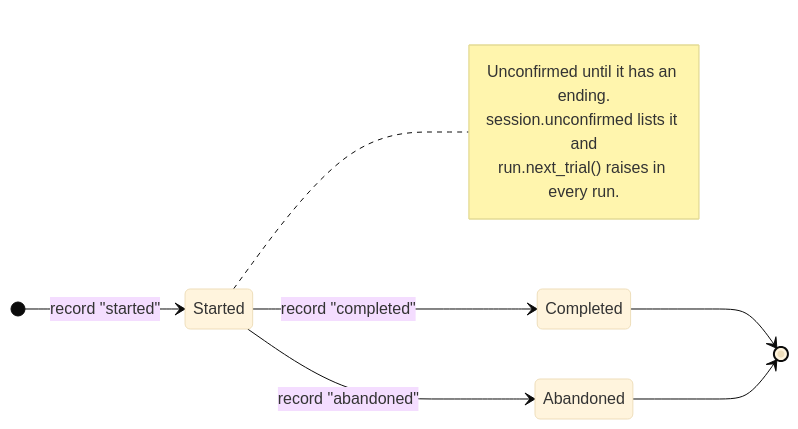
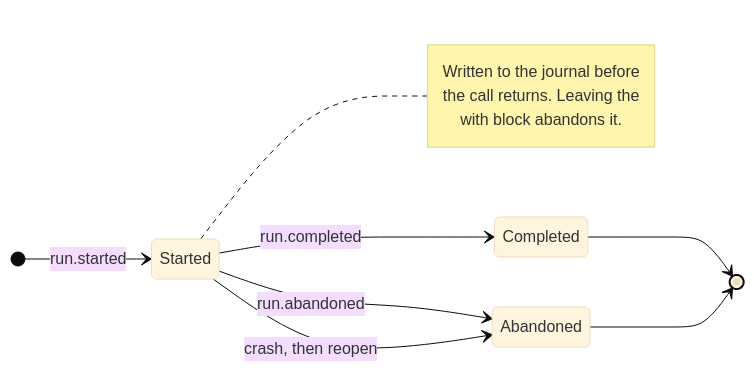
One commit to StanfordDigitalBrainProject/dbstim changed the second of 2 diagrams in docs/api-interface.md. Above: the diagram before and after it, drawn with Mermaid (base theme). The commit also changed other lines of this file and 15 other files, not shown here.

````diff
--- a/docs/api-interface.md
+++ b/docs/api-interface.md
@@ -44,14 +44,15 @@
 ```mermaid
 stateDiagram-v2
     direction LR
-    [*] --> Started: record "started"
-    Started --> Completed: record "completed"
-    Started --> Abandoned: record "abandoned"
+    [*] --> Started: run.started
+    Started --> Completed: run.completed
+    Started --> Abandoned: run.abandoned
+    Started --> Abandoned: crash, then reopen
     Completed --> [*]
     Abandoned --> [*]
     note right of Started
-        Unconfirmed until it has an ending.
-        session.unconfirmed lists it and
-        run.next_trial() raises in every run.
+        Written to the journal before
+        the call returns. Leaving the
+        with block abandons it.
     end note
 ```
````
